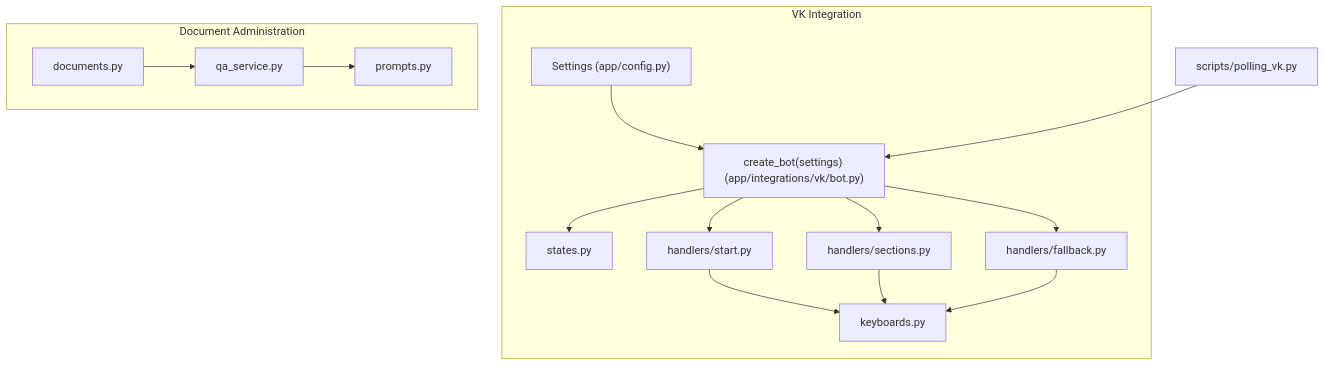
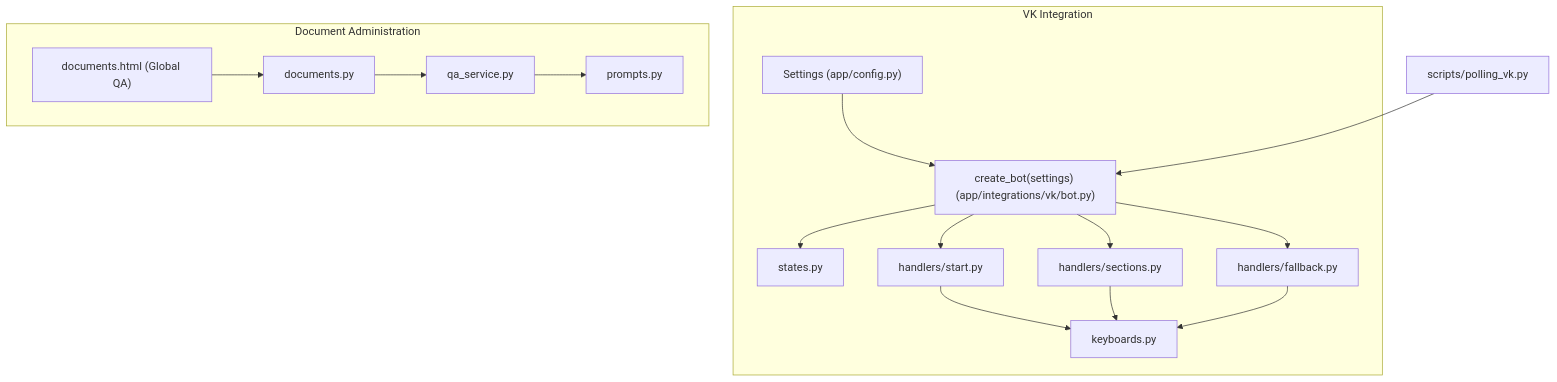
Before and after one commit to ognelis/cafetera_hr_bot: the first of 7 diagrams in .qoder/repowiki/en/content/API Reference/API Reference.md, drawn with Mermaid. The commit also changed other lines of this file and 29 other files, not shown here.

````diff
--- a/.qoder/repowiki/en/content/API Reference/API Reference.md
+++ b/.qoder/repowiki/en/content/API Reference/API Reference.md
@@ -69,29 +72,31 @@
 ```mermaid
 graph TB
 subgraph "VK Integration"
 CFG["Settings (app/config.py)"]
 BOT["create_bot(settings) (app/integrations/vk/bot.py)"]
 KB["keyboards.py"]
 ST["states.py"]
 HD_START["handlers/start.py"]
 HD_SECTIONS["handlers/sections.py"]
 HD_FALL["handlers/fallback.py"]
 end
 subgraph "Document Administration"
 DOC_API["documents.py"]
 QA_SERVICE["qa_service.py"]
 PROMPTS["prompts.py"]
+GLOBAL_UI["documents.html (Global QA)"]
 end
 DEV["scripts/polling_vk.py"]
 CFG --> BOT
 BOT --> HD_START
 BOT --> HD_SECTIONS
 BOT --> HD_FALL
 HD_START --> KB
 HD_SECTIONS --> KB
 HD_FALL --> KB
 BOT --> ST
 DOC_API --> QA_SERVICE
 QA_SERVICE --> PROMPTS
+GLOBAL_UI --> DOC_API
 DEV --> BOT
 ```
````
